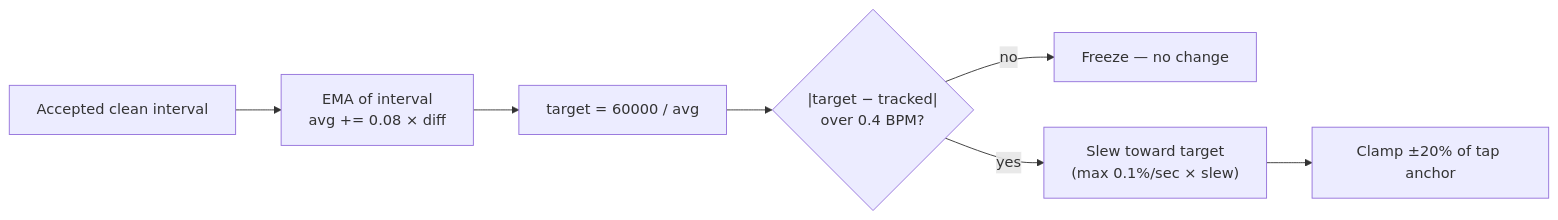
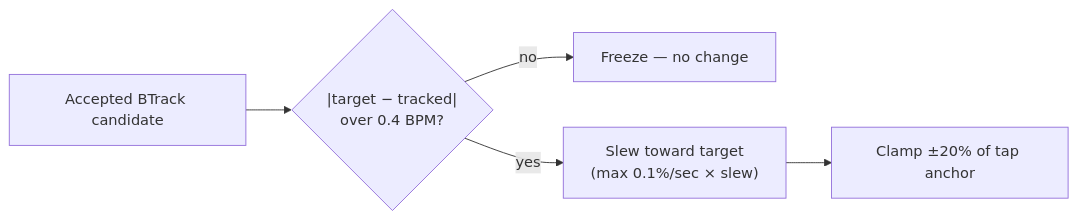
Before and after one commit to dinther/tapbox: the fourth of 5 diagrams in BEAT_DETECTION.md, drawn with Mermaid. The commit also changed other lines of this file and 31 other files, not shown here.

````diff
--- a/BEAT_DETECTION.md
+++ b/BEAT_DETECTION.md
@@ -248,9 +265,7 @@
 ```mermaid
 flowchart LR
-    C["Accepted clean interval"] --> E["EMA of interval<br/>avg += 0.08 × diff"]
-    E --> TGT["target = 60000 / avg"]
-    TGT --> D{"|target − tracked|<br/>over 0.4 BPM?"}
+    C["Accepted BTrack candidate"] --> D{"|target − tracked|<br/>over 0.4 BPM?"}
     D -->|no| F["Freeze — no change"]
     D -->|yes| S["Slew toward target<br/>(max 0.1%/sec × slew)"]
     S --> CL["Clamp ±20% of tap anchor"]
 ```
````
